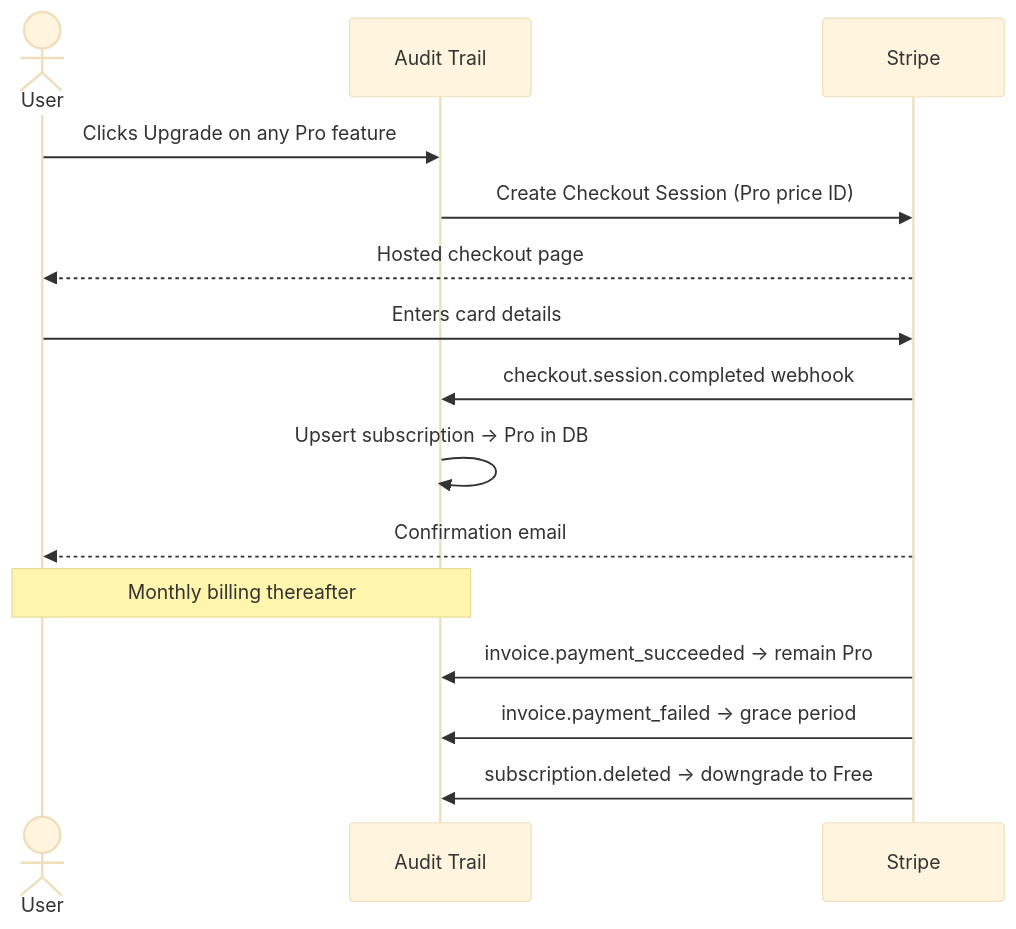
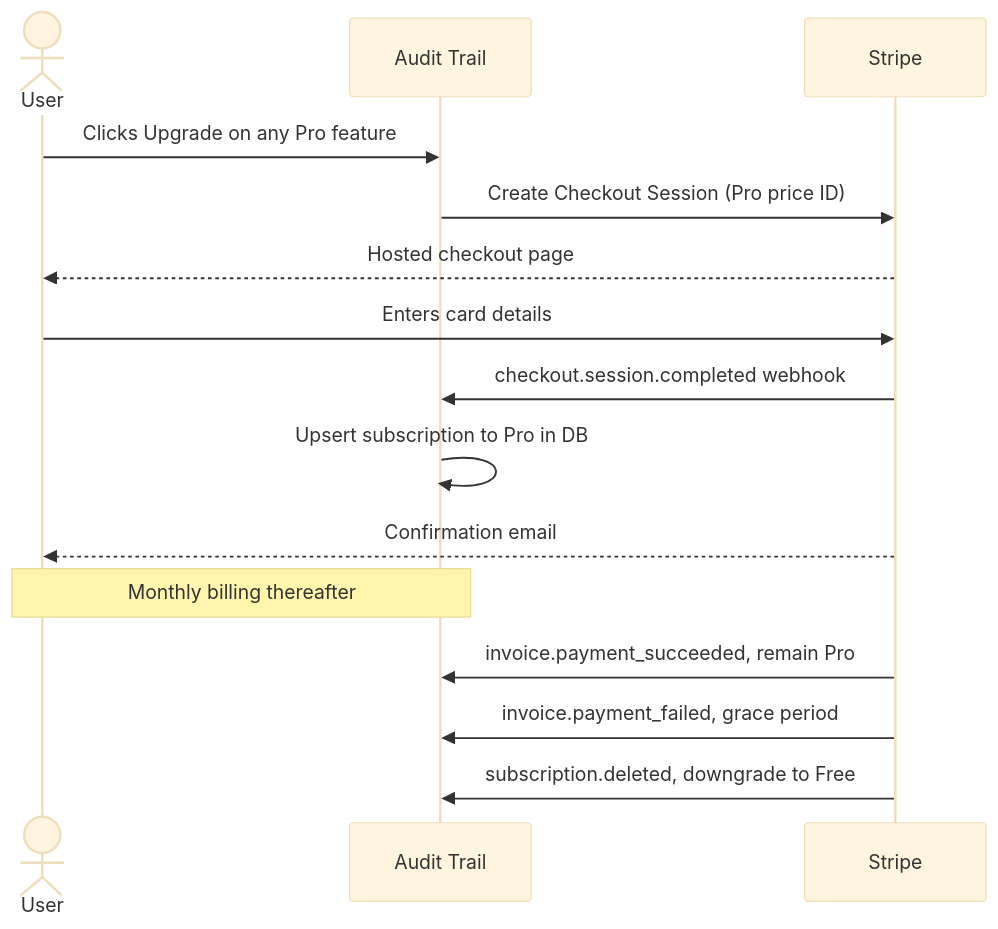
Before and after one commit to JohnJohnW/audittrail-dev: the third of 13 diagrams in README.md, drawn with Mermaid (base theme). The commit also changed other lines of this file, not shown here.

First line of the commit message:
Fix remaining Mermaid diagram syntax issues in README

````diff
--- a/README.md
+++ b/README.md
@@ -91,19 +92,19 @@
 ```mermaid
 sequenceDiagram
     actor User
     participant App as Audit Trail
     participant Stripe
 
     User->>App: Clicks Upgrade on any Pro feature
     App->>Stripe: Create Checkout Session (Pro price ID)
     Stripe-->>User: Hosted checkout page
     User->>Stripe: Enters card details
     Stripe->>App: checkout.session.completed webhook
-    App->>App: Upsert subscription → Pro in DB
+    App->>App: Upsert subscription to Pro in DB
     Stripe-->>User: Confirmation email
 
     Note over User,App: Monthly billing thereafter
-    Stripe->>App: invoice.payment_succeeded → remain Pro
-    Stripe->>App: invoice.payment_failed → grace period
-    Stripe->>App: subscription.deleted → downgrade to Free
+    Stripe->>App: invoice.payment_succeeded, remain Pro
+    Stripe->>App: invoice.payment_failed, grace period
+    Stripe->>App: subscription.deleted, downgrade to Free
 ```
````
